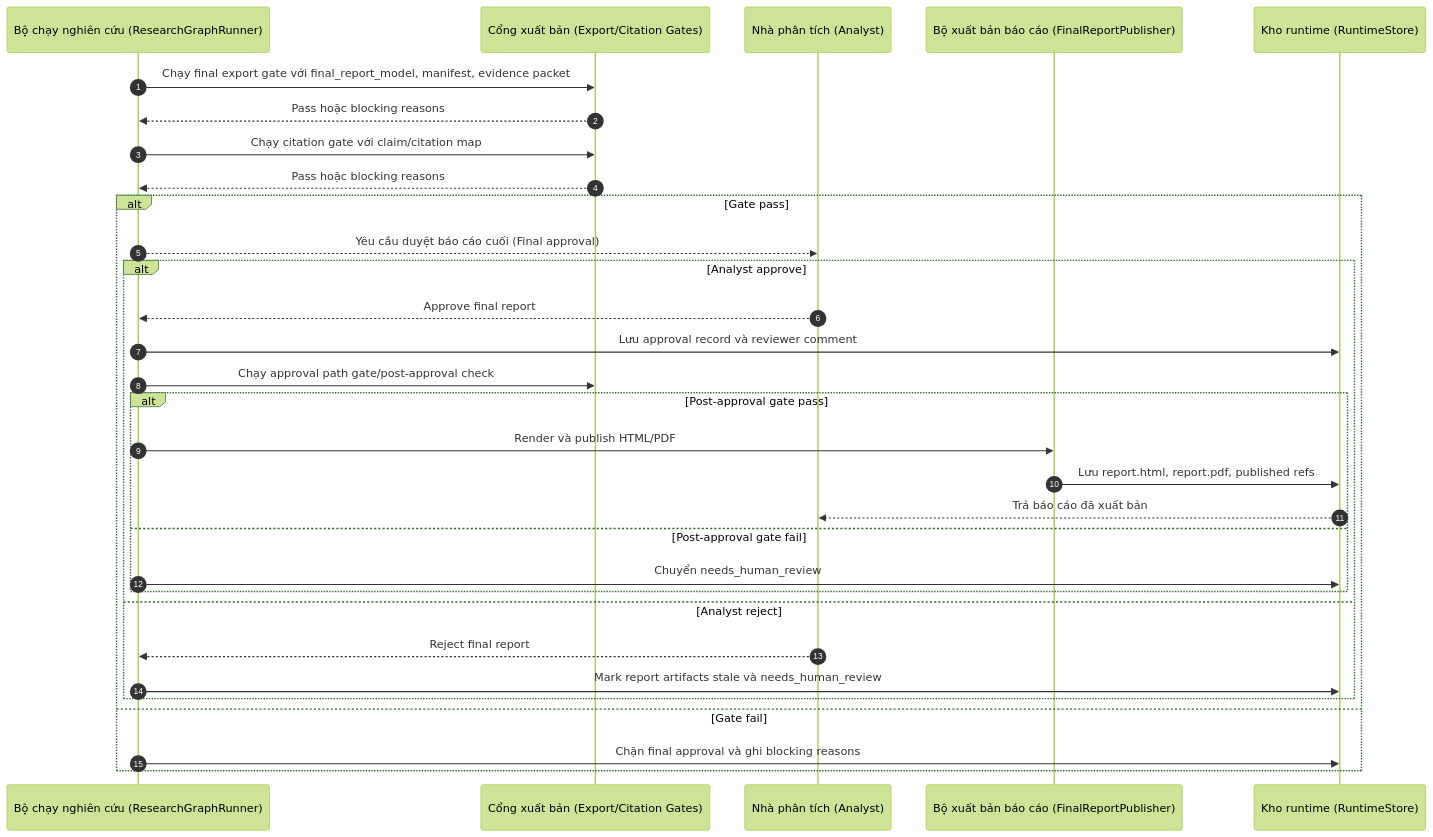
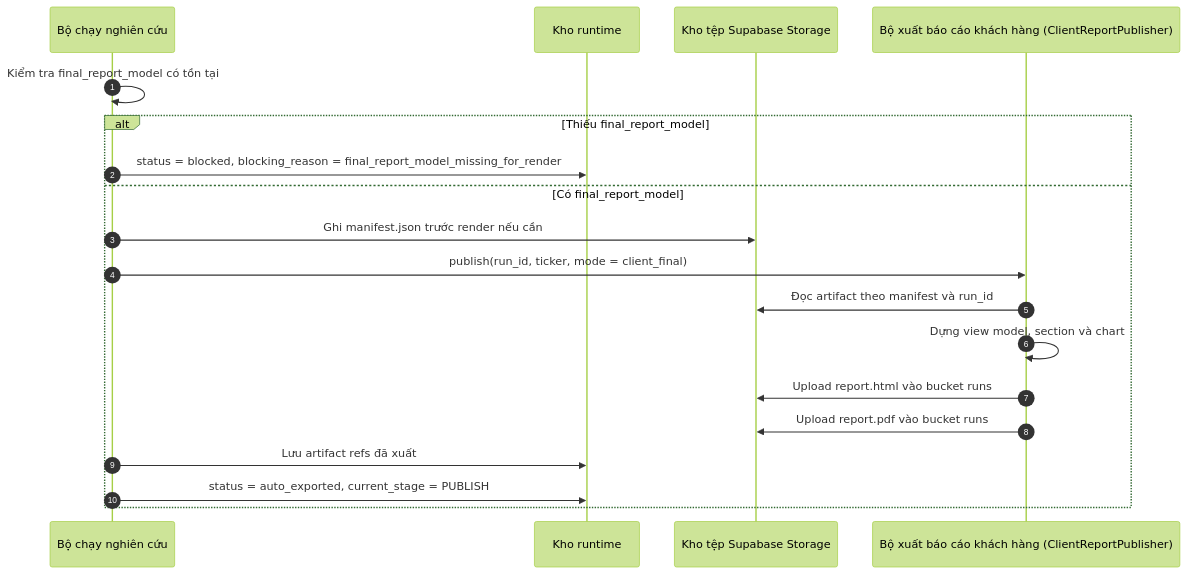
Before and after one commit to haubelerche/equity-research-system: diagram 14 of 24 in docs/SEQUENCE.md, drawn with Mermaid (forest theme). The commit also changed other lines of this file and 56 other files, not shown here.

First line of the commit message:
@ chore(repo): remove stale plans/docs/logs; ignore runtime output dirs

````diff
--- a/docs/SEQUENCE.md
+++ b/docs/SEQUENCE.md
@@ -355,34 +395,22 @@
 ```mermaid
 sequenceDiagram
     autonumber
-    participant R as Bộ chạy nghiên cứu (ResearchGraphRunner)
-    participant G as Cổng xuất bản (Export/Citation Gates)
-    participant A as Nhà phân tích (Analyst)
-    participant P as Bộ xuất bản báo cáo (FinalReportPublisher)
-    participant S as Kho runtime (RuntimeStore)
+    participant R as Bộ chạy nghiên cứu
+    participant S as Kho runtime
+    participant ST as Kho tệp Supabase Storage
+    participant P as Bộ xuất báo cáo khách hàng (ClientReportPublisher)
 
-    R->>G: Chạy final export gate với final_report_model, manifest, evidence packet
-    G-->>R: Pass hoặc blocking reasons
-    R->>G: Chạy citation gate với claim/citation map
-    G-->>R: Pass hoặc blocking reasons
-    alt Gate pass
-        R-->>A: Yêu cầu duyệt báo cáo cuối (Final approval)
-        alt Analyst approve
-            A-->>R: Approve final report
-            R->>S: Lưu approval record và reviewer comment
-            R->>G: Chạy approval path gate/post-approval check
-            alt Post-approval gate pass
-                R->>P: Render và publish HTML/PDF
-                P->>S: Lưu report.html, report.pdf, published refs
-                S-->>A: Trả báo cáo đã xuất bản
-            else Post-approval gate fail
-                R->>S: Chuyển needs_human_review
-            end
-        else Analyst reject
-            A-->>R: Reject final report
-            R->>S: Mark report artifacts stale và needs_human_review
-        end
-    else Gate fail
-        R->>S: Chặn final approval và ghi blocking reasons
+    R->>R: Kiểm tra final_report_model có tồn tại
+    alt Thiếu final_report_model
+        R->>S: status = blocked, blocking_reason = final_report_model_missing_for_render
+    else Có final_report_model
+        R->>ST: Ghi manifest.json trước render nếu cần
+        R->>P: publish(run_id, ticker, mode = client_final)
+        P->>ST: Đọc artifact theo manifest và run_id
+        P->>P: Dựng view model, section và chart
+        P->>ST: Upload report.html vào bucket runs
+        P->>ST: Upload report.pdf vào bucket runs
+        R->>S: Lưu artifact refs đã xuất
+        R->>S: status = auto_exported, current_stage = PUBLISH
     end
 ```
````
